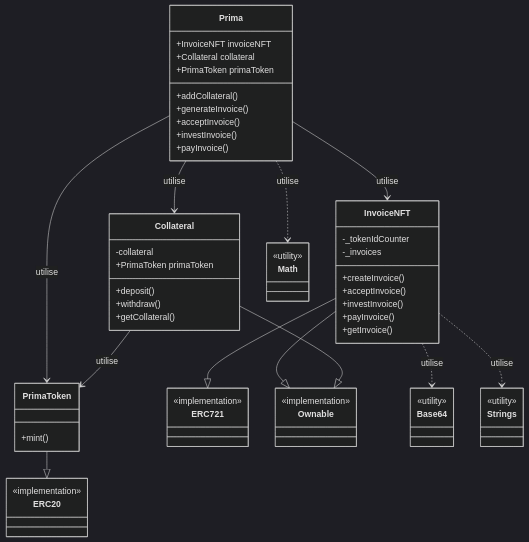
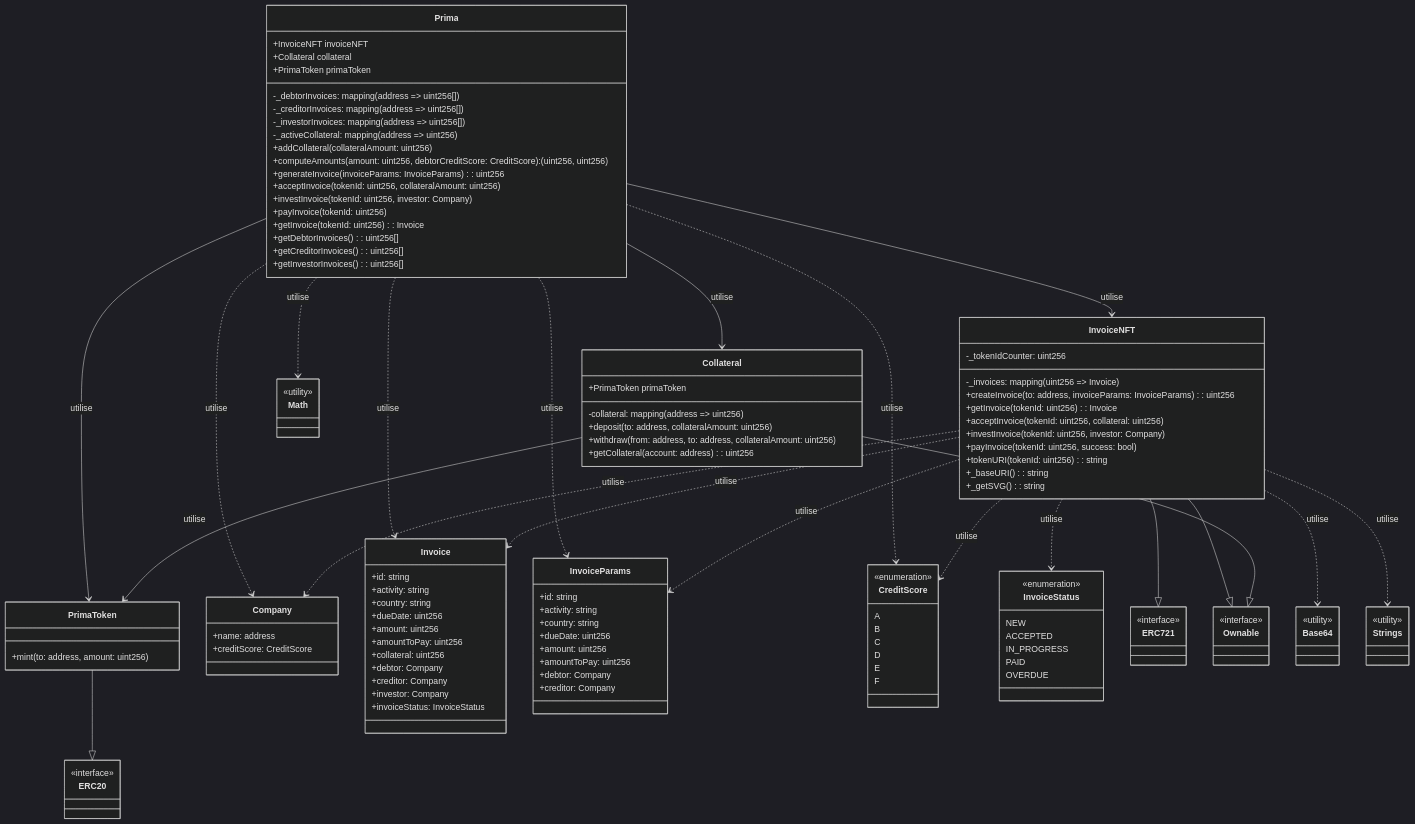
The diagram in docs/architecture.md (aaudelin/alyra-prima), drawn with Mermaid (dark theme) before and after one commit. The commit also changed other lines of this file, not shown here.

Commit message:
doc: improve mermaid

````diff
--- a/docs/architecture.md
+++ b/docs/architecture.md
@@ -8,46 +8,108 @@
         +InvoiceNFT invoiceNFT
         +Collateral collateral
         +PrimaToken primaToken
-        +addCollateral()
-        +generateInvoice()
-        +acceptInvoice()
-        +investInvoice()
-        +payInvoice()
+        -_debtorInvoices: mapping(address => uint256[])
+        -_creditorInvoices: mapping(address => uint256[])
+        -_investorInvoices: mapping(address => uint256[])
+        -_activeCollateral: mapping(address => uint256)
+        +addCollateral(collateralAmount: uint256)
+        +computeAmounts(amount: uint256, debtorCreditScore: CreditScore): (uint256, uint256)
+        +generateInvoice(invoiceParams: InvoiceParams): uint256
+        +acceptInvoice(tokenId: uint256, collateralAmount: uint256)
+        +investInvoice(tokenId: uint256, investor: Company)
+        +payInvoice(tokenId: uint256)
+        +getInvoice(tokenId: uint256): Invoice
+        +getDebtorInvoices(): uint256[]
+        +getCreditorInvoices(): uint256[]
+        +getInvestorInvoices(): uint256[]
     }
 
     class InvoiceNFT {
-        -_tokenIdCounter
-        -_invoices
-        +createInvoice()
-        +acceptInvoice()
-        +investInvoice()
-        +payInvoice()
-        +getInvoice()
+        -_tokenIdCounter: uint256
+        -_invoices: mapping(uint256 => Invoice)
+        +createInvoice(to: address, invoiceParams: InvoiceParams): uint256
+        +getInvoice(tokenId: uint256): Invoice
+        +acceptInvoice(tokenId: uint256, collateral: uint256)
+        +investInvoice(tokenId: uint256, investor: Company)
+        +payInvoice(tokenId: uint256, success: bool)
+        +tokenURI(tokenId: uint256): string
+        +_baseURI(): string
+        +_getSVG(): string
     }
 
     class Collateral {
-        -collateral
+        -collateral: mapping(address => uint256)
         +PrimaToken primaToken
-        +deposit()
-        +withdraw()
-        +getCollateral()
+        +deposit(to: address, collateralAmount: uint256)
+        +withdraw(from: address, to: address, collateralAmount: uint256)
+        +getCollateral(account: address): uint256
     }
 
     class PrimaToken {
-        +mint()
+        +mint(to: address, amount: uint256)
+    }
+
+    %% Structures et Enums
+    class Company {
+        +name: address
+        +creditScore: CreditScore
+    }
+
+    class Invoice {
+        +id: string
+        +activity: string
+        +country: string
+        +dueDate: uint256
+        +amount: uint256
+        +amountToPay: uint256
+        +collateral: uint256
+        +debtor: Company
+        +creditor: Company
+        +investor: Company
+        +invoiceStatus: InvoiceStatus
+    }
+
+    class InvoiceParams {
+        +id: string
+        +activity: string
+        +country: string
+        +dueDate: uint256
+        +amount: uint256
+        +amountToPay: uint256
+        +debtor: Company
+        +creditor: Company
+    }
+
+    class CreditScore {
+        <<enumeration>>
+        A
+        B
+        C
+        D
+        E
+        F
+    }
+
+    class InvoiceStatus {
+        <<enumeration>>
+        NEW
+        ACCEPTED
+        IN_PROGRESS
+        PAID
+        OVERDUE
     }
 
     %% OpenZeppelin Contracts
     class ERC721 {
-        <<implementation>>
+        <<interface>>
     }
 
     class ERC20 {
-        <<implementation>>
+        <<interface>>
     }
 
     class Ownable {
-        <<implementation>>
+        <<interface>>
     }
 
     class Math {
@@ -76,4 +138,15 @@
     InvoiceNFT ..> Strings : utilise
     PrimaToken --|> ERC20
     Collateral --|> Ownable
+
+    %% Relations avec les structures
+    Prima ..> Company : utilise
+    Prima ..> InvoiceParams : utilise
+    Prima ..> Invoice : utilise
+    Prima ..> CreditScore : utilise
+    InvoiceNFT ..> Invoice : utilise
+    InvoiceNFT ..> InvoiceParams : utilise
+    InvoiceNFT ..> Company : utilise
+    InvoiceNFT ..> InvoiceStatus : utilise
+    InvoiceNFT ..> CreditScore : utilise
 ```
````
